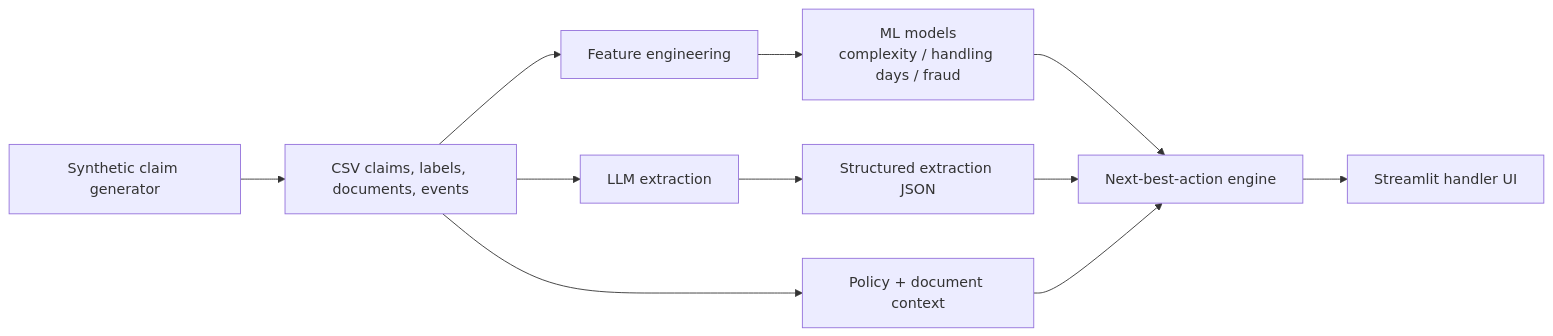
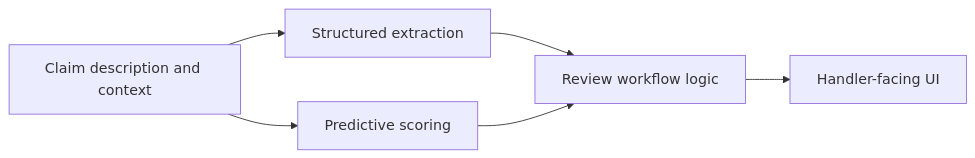
One commit to davidelosio/claims-copilot changed the diagram in README.md. Above: the diagram before and after it, drawn with Mermaid. The commit also changed other lines of this file and 5 other files, not shown here.

````diff
--- a/README.md
+++ b/README.md
@@ -47,13 +36,8 @@
 ```mermaid
 flowchart LR
-    A[Synthetic claim generator] --> B[CSV claims, labels, documents, events]
-    B --> C[Feature engineering]
-    B --> D[LLM extraction]
-    C --> E[ML models<br/>complexity / handling days / fraud]
-    D --> F[Structured extraction JSON]
-    B --> G[Policy + document context]
-    E --> H[Next-best-action engine]
-    F --> H
-    G --> H
-    H --> I[Streamlit handler UI]
+    A[Claim description and context] --> B[Structured extraction]
+    A --> C[Predictive scoring]
+    B --> D[Review workflow logic]
+    C --> D
+    D --> E[Handler-facing UI]
 ```
````
